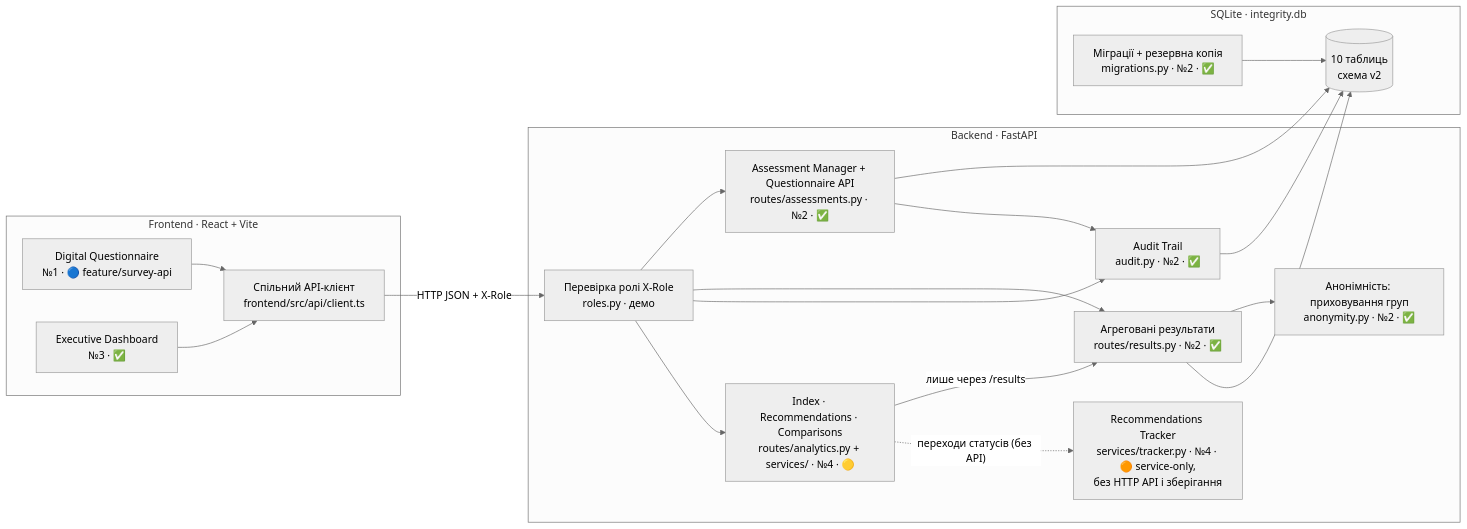
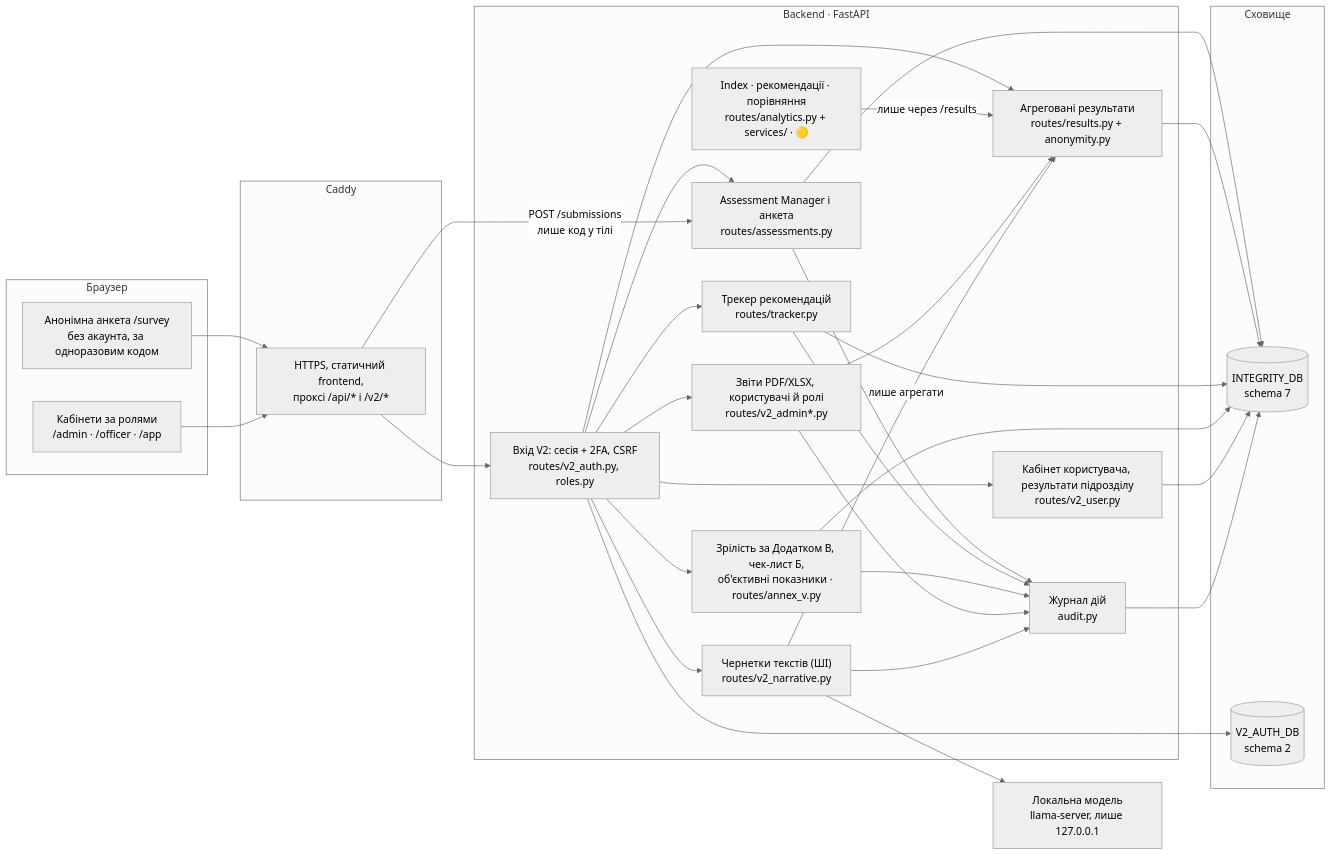
One commit to golem86/hacaton changed the first of 3 diagrams in docs/integration-map.md. Above: the diagram before and after it, drawn with Mermaid (neutral theme). The commit also changed other lines of this file and 52 other files, not shown here.

````diff
--- a/docs/integration-map.md
+++ b/docs/integration-map.md
@@ -19,36 +17,49 @@
 ```mermaid
 flowchart LR
-    subgraph FE["Frontend · React + Vite"]
-        Q["Digital Questionnaire<br/>№1 · 🔵 feature/survey-api"]
-        D["Executive Dashboard<br/>№3 · ✅"]
-        C["Спільний API-клієнт<br/>frontend/src/api/client.ts"]
+    subgraph CL["Браузер"]
+        SV["Анонімна анкета /survey<br/>без акаунта, за одноразовим кодом"]
+        UI["Кабінети за ролями<br/>/admin · /officer · /app"]
+    end
+
+    subgraph PX["Caddy"]
+        C["HTTPS, статичний frontend,<br/>проксі /api/* і /v2/*"]
     end
 
     subgraph BE["Backend · FastAPI"]
-        R["Перевірка ролі X-Role<br/>roles.py · демо"]
-        AM["Assessment Manager + Questionnaire API<br/>routes/assessments.py · №2 · ✅"]
-        RS["Агреговані результати<br/>routes/results.py · №2 · ✅"]
-        AN["Анонімність: приховування груп<br/>anonymity.py · №2 · ✅"]
-        AT["Audit Trail<br/>audit.py · №2 · ✅"]
-        IX["Index · Recommendations · Comparisons<br/>routes/analytics.py + services/ · №4 · 🟡"]
-        TR["Recommendations Tracker<br/>services/tracker.py · №4 · 🟠 service-only,<br/>без HTTP API і зберігання"]
+        AU["Вхід V2: сесія + 2FA, CSRF<br/>routes/v2_auth.py, roles.py"]
+        AM["Assessment Manager і анкета<br/>routes/assessments.py"]
+        RS["Агреговані результати<br/>routes/results.py + anonymity.py"]
+        IX["Index · рекомендації · порівняння<br/>routes/analytics.py + services/ · 🟡"]
+        TR["Трекер рекомендацій<br/>routes/tracker.py"]
+        AV["Зрілість за Додатком В, чек-лист Б,<br/>об'єктивні показники · routes/annex_v.py"]
+        RP["Звіти PDF/XLSX, користувачі й ролі<br/>routes/v2_admin*.py"]
+        UR["Кабінет користувача, результати підрозділу<br/>routes/v2_user.py"]
+        NR["Чернетки текстів (ШІ)<br/>routes/v2_narrative.py"]
+        AT["Журнал дій<br/>audit.py"]
     end
 
-    subgraph DB["SQLite · integrity.db"]
-        T[("10 таблиць<br/>схема v2")]
-        MG["Міграції + резервна копія<br/>migrations.py · №2 · ✅"]
+    subgraph ST["Сховище"]
+        DB1[("INTEGRITY_DB<br/>schema 7")]
+        DB2[("V2_AUTH_DB<br/>schema 2")]
     end
 
-    Q --> C
-    D --> C
-    C -->|"HTTP JSON + X-Role"| R
-    R --> AM & RS & AT & IX
-    AM --> T
-    AM --> AT
-    RS --> AN
-    RS --> T
+    LM["Локальна модель<br/>llama-server, лише 127.0.0.1"]
+
+    SV --> C
+    UI --> C
+    C --> AU
+    AU --> AM & RS & TR & AV & RP & UR & NR
+    C -->|"POST /submissions<br/>лише код у тілі"| AM
+    AM --> DB1
+    RS --> DB1
     IX -->|"лише через /results"| RS
-    IX -.->|"переходи статусів (без API)"| TR
-    AT --> T
-    MG --> T
+    TR --> DB1
+    AV --> DB1
+    RP --> RS
+    UR --> DB1
+    NR -->|"лише агрегати"| RS
+    NR --> LM
+    AU --> DB2
+    AM & TR & AV & RP & NR --> AT
+    AT --> DB1
 ```
````
